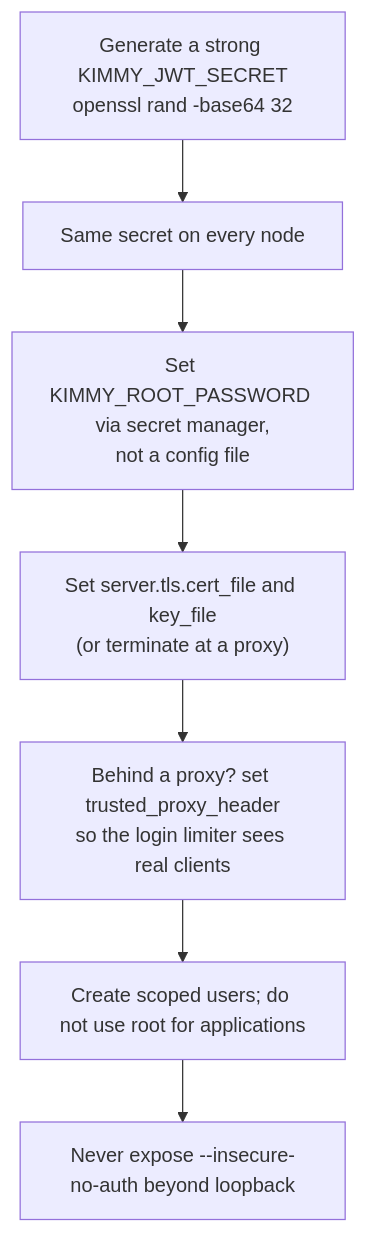
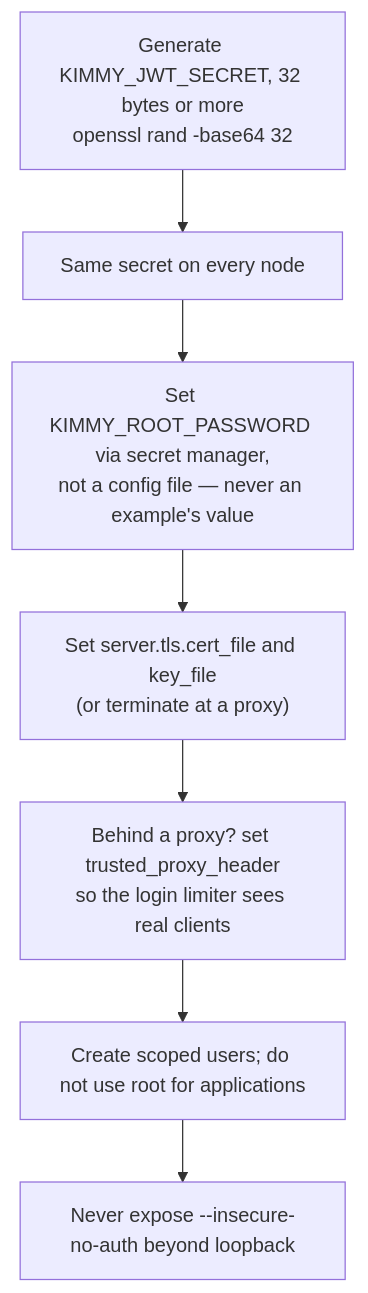
One commit to titusai-io/kimmydb changed the fourth of 4 diagrams in docs/security.md. Above: the diagram before and after it, drawn with Mermaid. The commit also changed other lines of this file and 18 other files, not shown here.

````diff
--- a/docs/security.md
+++ b/docs/security.md
@@ -1109,9 +1150,9 @@
 ```mermaid
 graph TB
-    A["Generate a strong KIMMY_JWT_SECRET<br/>openssl rand -base64 32"] --> B["Same secret on every node"]
-    B --> C["Set KIMMY_ROOT_PASSWORD via secret manager,<br/>not a config file"]
+    A["Generate KIMMY_JWT_SECRET, 32 bytes or more<br/>openssl rand -base64 32"] --> B["Same secret on every node"]
+    B --> C["Set KIMMY_ROOT_PASSWORD via secret manager,<br/>not a config file — never an example's value"]
     C --> D["Set server.tls.cert_file and key_file<br/>(or terminate at a proxy)"]
     D --> E["Behind a proxy? set trusted_proxy_header<br/>so the login limiter sees real clients"]
     E --> F["Create scoped users; do not use root for applications"]
     F --> G["Never expose --insecure-no-auth beyond loopback"]
 ```
````
